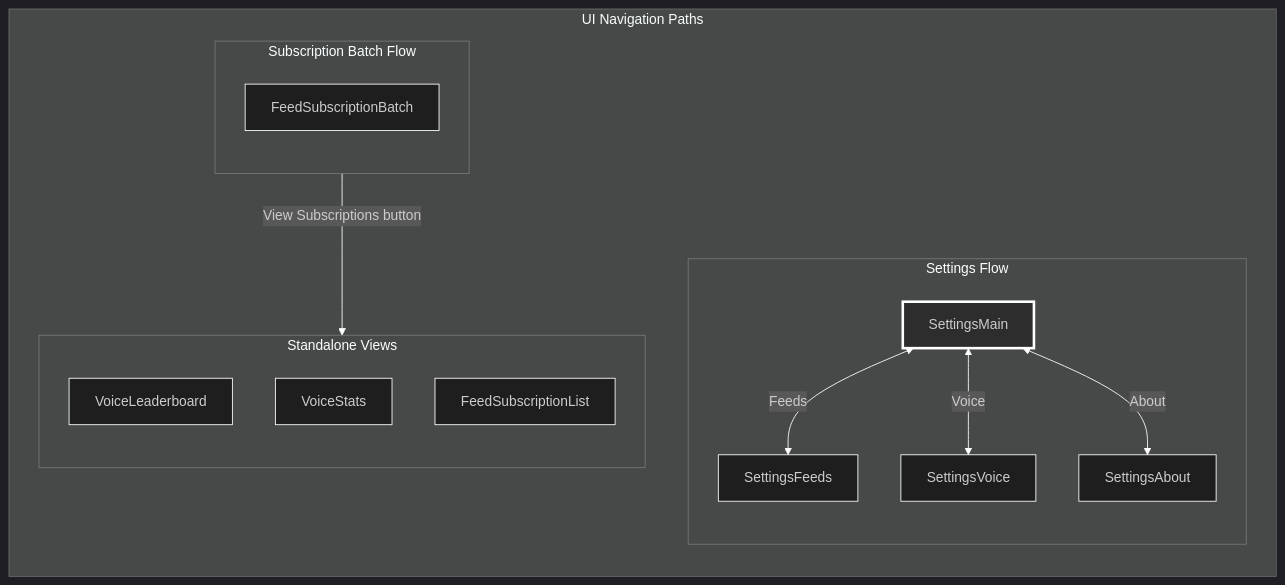
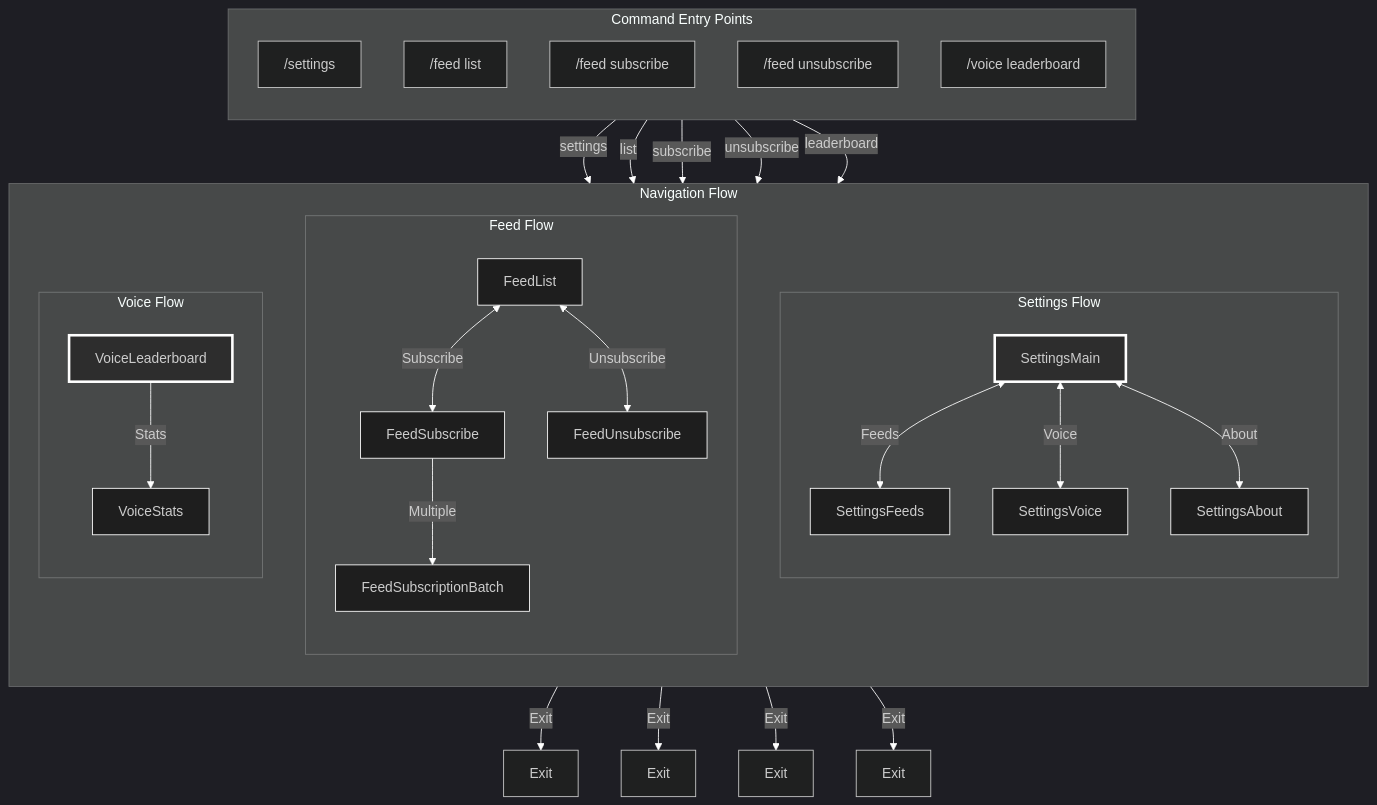
One commit to FAZuH/pwr-bot changed the diagram in docs/diagrams/architecture-view-flow.mmd. Above: the diagram before and after it, drawn with Mermaid. The commit also changed 5 other files, not shown here.

```diff
--- a/docs/diagrams/architecture-view-flow.mmd
+++ b/docs/diagrams/architecture-view-flow.mmd
@@ -1,52 +1,81 @@
 %%{init: {
   'theme': 'dark',
   'themeVariables': {
     'primaryColor': '#1e1e1e',
     'primaryTextColor': '#ffffff',
     'primaryBorderColor': '#ffffff',
     'lineColor': '#ffffff',
     'secondaryColor': '#2d2d2d',
     'tertiaryColor': '#1e1e1e',
     'noteBkgColor': '#2d2d2d',
     'noteTextColor': '#ffffff',
     'noteBorderColor': '#ffffff'
   }
 }}%%
 graph TB
-    subgraph UIPaths["UI Navigation Paths"]
+    subgraph Commands["Command Entry Points"]
+        direction TB
+        SettingsCmd["/settings"]
+        FeedListCmd["/feed list"]
+        FeedSubCmd["/feed subscribe"]
+        FeedUnsubCmd["/feed unsubscribe"]
+        VoiceLBCmd["/voice leaderboard"]
+    end
+    
+    subgraph Navigation["Navigation Flow"]
         direction TB
         
-        subgraph MainFlow["Settings Flow"]
+        subgraph SettingsFlow["Settings Flow"]
             direction TB
-            Main["SettingsMain"]
-            Feeds["SettingsFeeds"]
-            Voice["SettingsVoice"]
-            About["SettingsAbout"]
+            SettingsMain["SettingsMain"]
+            SettingsFeeds["SettingsFeeds"]
+            SettingsVoice["SettingsVoice"]
+            SettingsAbout["SettingsAbout"]
             
-            Main <-->|Feeds| Feeds
-            Main <-->|Voice| Voice
-            Main <-->|About| About
+            SettingsMain <-->|Feeds| SettingsFeeds
+            SettingsMain <-->|Voice| SettingsVoice
+            SettingsMain <-->|About| SettingsAbout
         end
         
-        subgraph Standalone["Standalone Views"]
+        subgraph FeedFlow["Feed Flow"]
             direction TB
-            Leaderboard["VoiceLeaderboard"]
-            VoiceStats["VoiceStats"]
-            SubList["FeedSubscriptionList"]
+            FeedList["FeedList"]
+            FeedSubscribe["FeedSubscribe"]
+            FeedUnsubscribe["FeedUnsubscribe"]
+            FeedBatch["FeedSubscriptionBatch"]
+            
+            FeedList <-->|Subscribe| FeedSubscribe
+            FeedList <-->|Unsubscribe| FeedUnsubscribe
+            FeedSubscribe -->|Multiple| FeedBatch
         end
         
-        subgraph BatchFlow["Subscription Batch Flow"]
+        subgraph VoiceFlow["Voice Flow"]
             direction TB
-            Batch["FeedSubscriptionBatch"]
-            Batch -->|View Subscriptions button| SubList
+            VoiceLeaderboard["VoiceLeaderboard"]
+            VoiceStats["VoiceStats"]
+            
+            VoiceLeaderboard -->|Stats| VoiceStats
         end
     end
     
-    style Main fill:#2d2d2d,stroke:#ffffff,stroke-width:3px
-    style Feeds fill:#1e1e1e,stroke:#ffffff
-    style Voice fill:#1e1e1e,stroke:#ffffff
-    style About fill:#1e1e1e,stroke:#ffffff
-    style Leaderboard fill:#1e1e1e,stroke:#ffffff
-    style SubList fill:#1e1e1e,stroke:#ffffff
+    Commands -->|settings| SettingsMain
+    Commands -->|list| FeedList
+    Commands -->|subscribe| FeedSubscribe
+    Commands -->|unsubscribe| FeedUnsubscribe
+    Commands -->|leaderboard| VoiceLeaderboard
+    
+    SettingsMain -->|Exit| Exit1[Exit]
+    FeedList -->|Exit| Exit2[Exit]
+    FeedSubscribe -->|Exit| Exit3[Exit]
+    VoiceLeaderboard -->|Exit| Exit4[Exit]
+    
+    style SettingsMain fill:#2d2d2d,stroke:#ffffff,stroke-width:3px
+    style SettingsFeeds fill:#1e1e1e,stroke:#ffffff
+    style SettingsVoice fill:#1e1e1e,stroke:#ffffff
+    style SettingsAbout fill:#1e1e1e,stroke:#ffffff
+    style FeedList fill:#1e1e1e,stroke:#ffffff
+    style FeedSubscribe fill:#1e1e1e,stroke:#ffffff
+    style FeedUnsubscribe fill:#1e1e1e,stroke:#ffffff
+    style FeedBatch fill:#1e1e1e,stroke:#ffffff
+    style VoiceLeaderboard fill:#2d2d2d,stroke:#ffffff,stroke-width:3px
     style VoiceStats fill:#1e1e1e,stroke:#ffffff
-    style Batch fill:#1e1e1e,stroke:#ffffff
```
